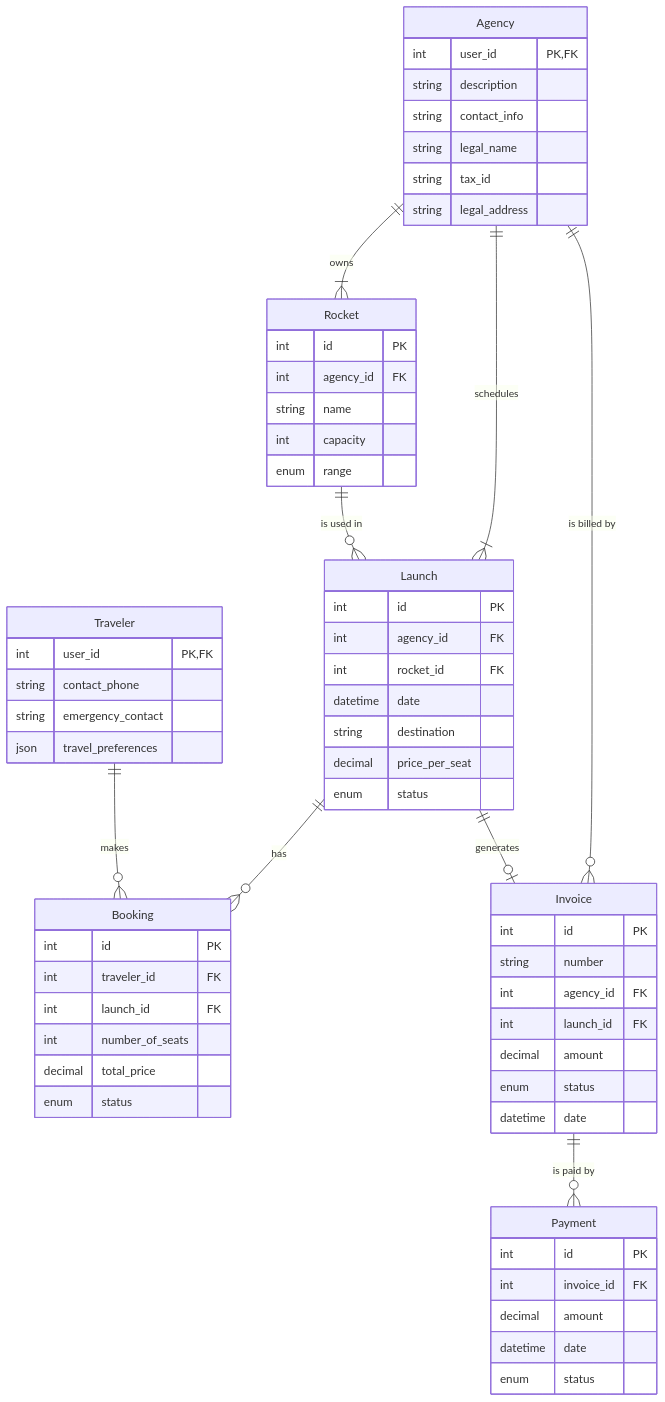
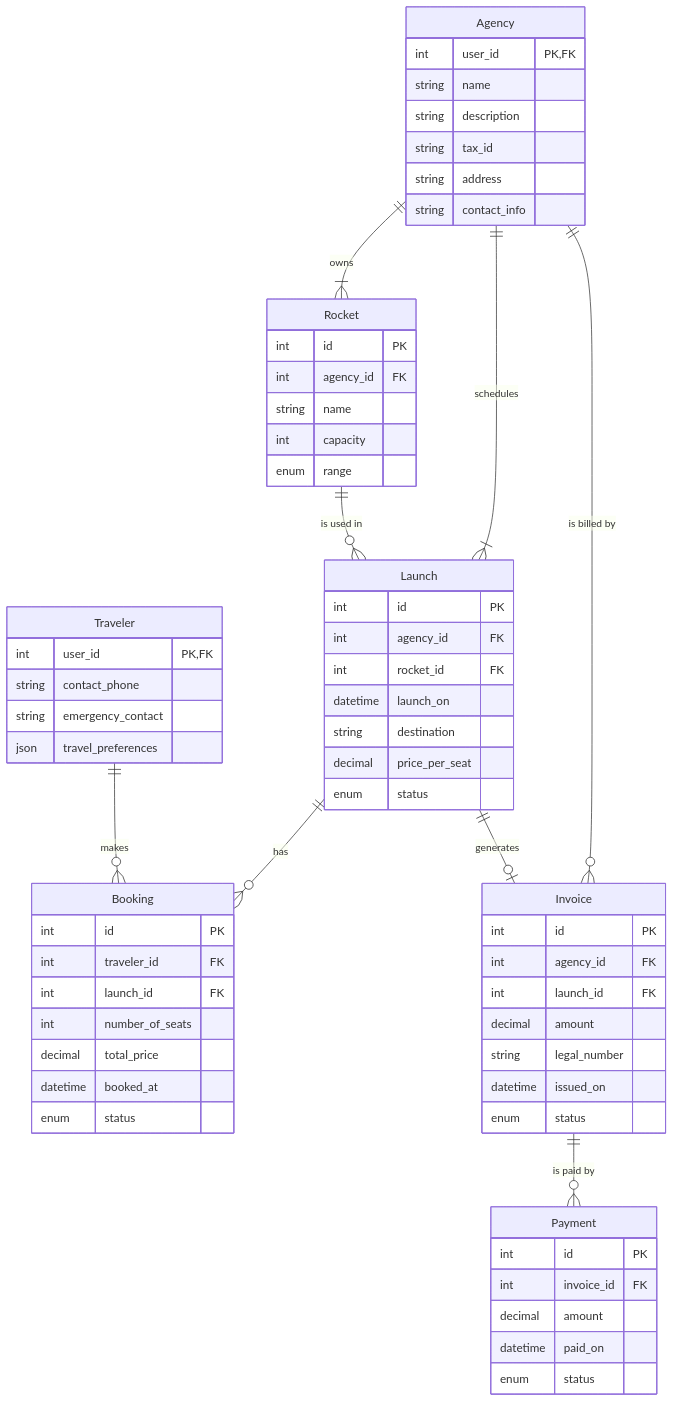
The diagram in profile/3-implementation/5_1-operations.schema.md (AstroBookings/.github), drawn with Mermaid before and after one commit. The commit also changed other lines of this file, not shown here.

Commit message:
feat: ppostgre ddl schema

````diff
--- a/profile/3-implementation/5_1-operations.schema.md
+++ b/profile/3-implementation/5_1-operations.schema.md
@@ -7,73 +7,74 @@
 ```mermaid
 erDiagram
 
     Traveler {
         int user_id PK,FK
         string contact_phone
         string emergency_contact
         json travel_preferences
     }
 
     Agency {
         int user_id PK,FK
+        string name
         string description
+        string tax_id
+        string address
         string contact_info
-        string legal_name
-        string tax_id
-        string legal_address
     }
 
     Rocket {
         int id PK
         int agency_id FK
         string name
         int capacity
         enum range
     }
 
     Launch {
         int id PK
         int agency_id FK
         int rocket_id FK
-        datetime date
+        datetime launch_on
         string destination
         decimal price_per_seat
         enum status
     }
 
     Booking {
         int id PK
         int traveler_id FK
         int launch_id FK
         int number_of_seats
         decimal total_price
+        datetime booked_at
         enum status
     }
 
     Invoice {
         int id PK
-        string number
         int agency_id FK
         int launch_id FK
         decimal amount
+        string legal_number
+        datetime issued_on
         enum status
-        datetime date
     }
 
     Payment {
         int id PK
         int invoice_id FK
         decimal amount
-        datetime date
+        datetime paid_on
         enum status
     }
 
     Agency ||--|{ Rocket : owns
     Agency ||--|{ Launch : schedules
     Agency ||--o{ Invoice : "is billed by"
     Rocket ||--o{ Launch : "is used in"
     Launch ||--o{ Booking : has
     Launch ||--o| Invoice : generates
     Traveler ||--o{ Booking : makes
     Invoice ||--o{ Payment : "is paid by"
 ```
````
